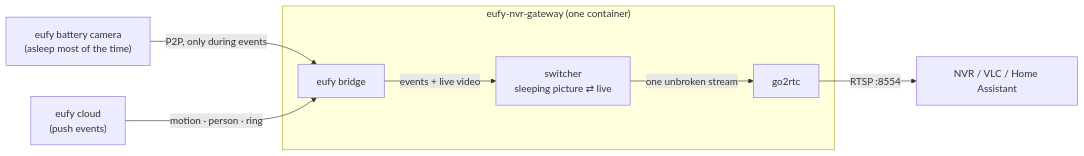
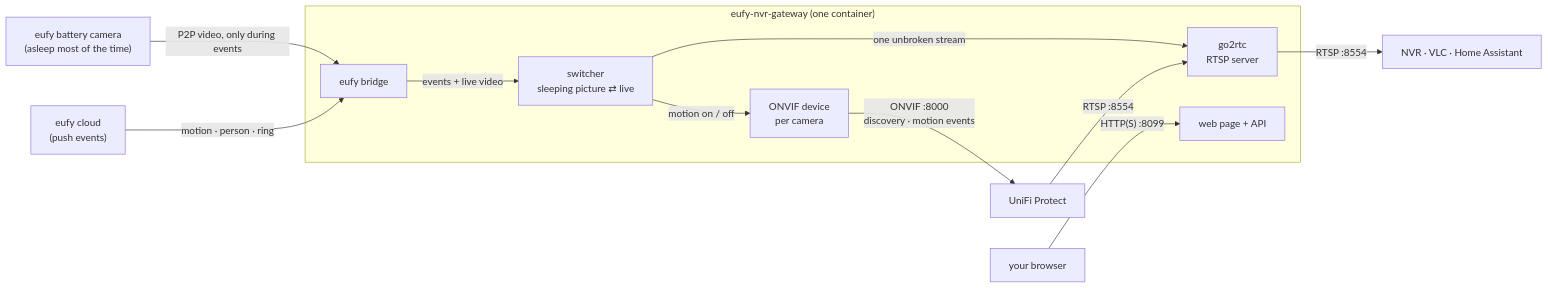
Before and after one commit to dbanky/eufy-nvr-gateway: the diagram in README.md, drawn with Mermaid. The commit also changed other lines of this file and 6 other files, not shown here.

First line of the commit message:
Docs: RTSP/ONVIF up front, five-step setup, eufy 2FA, security

````diff
--- a/README.md
+++ b/README.md
@@ -24,10 +26,15 @@
 ```mermaid
 flowchart LR
-  cam["eufy battery camera<br>(asleep most of the time)"] -- "P2P, only during events" --> bridge
+  cam["eufy battery camera<br>(asleep most of the time)"] -- "P2P video, only during events" --> bridge
   cloud["eufy cloud<br>(push events)"] -- "motion · person · ring" --> bridge
   subgraph container ["eufy-nvr-gateway (one container)"]
     bridge["eufy bridge"] -- "events + live video" --> switcher["switcher<br>sleeping picture ⇄ live"]
-    switcher -- "one unbroken stream" --> go2rtc
+    switcher -- "one unbroken stream" --> go2rtc["go2rtc<br>RTSP server"]
+    switcher -- "motion on / off" --> onvif["ONVIF device<br>per camera"]
+    web["web page + API"]
   end
-  go2rtc -- "RTSP :8554" --> nvr["NVR / VLC / Home Assistant"]
+  go2rtc -- "RTSP :8554" --> nvr["NVR · VLC · Home Assistant"]
+  onvif -- "ONVIF :8000<br>discovery · motion events" --> protect["UniFi Protect"]
+  protect -- "RTSP :8554" --> go2rtc
+  browser["your browser"] -- "HTTP(S) :8099" --> web
 ```
````
